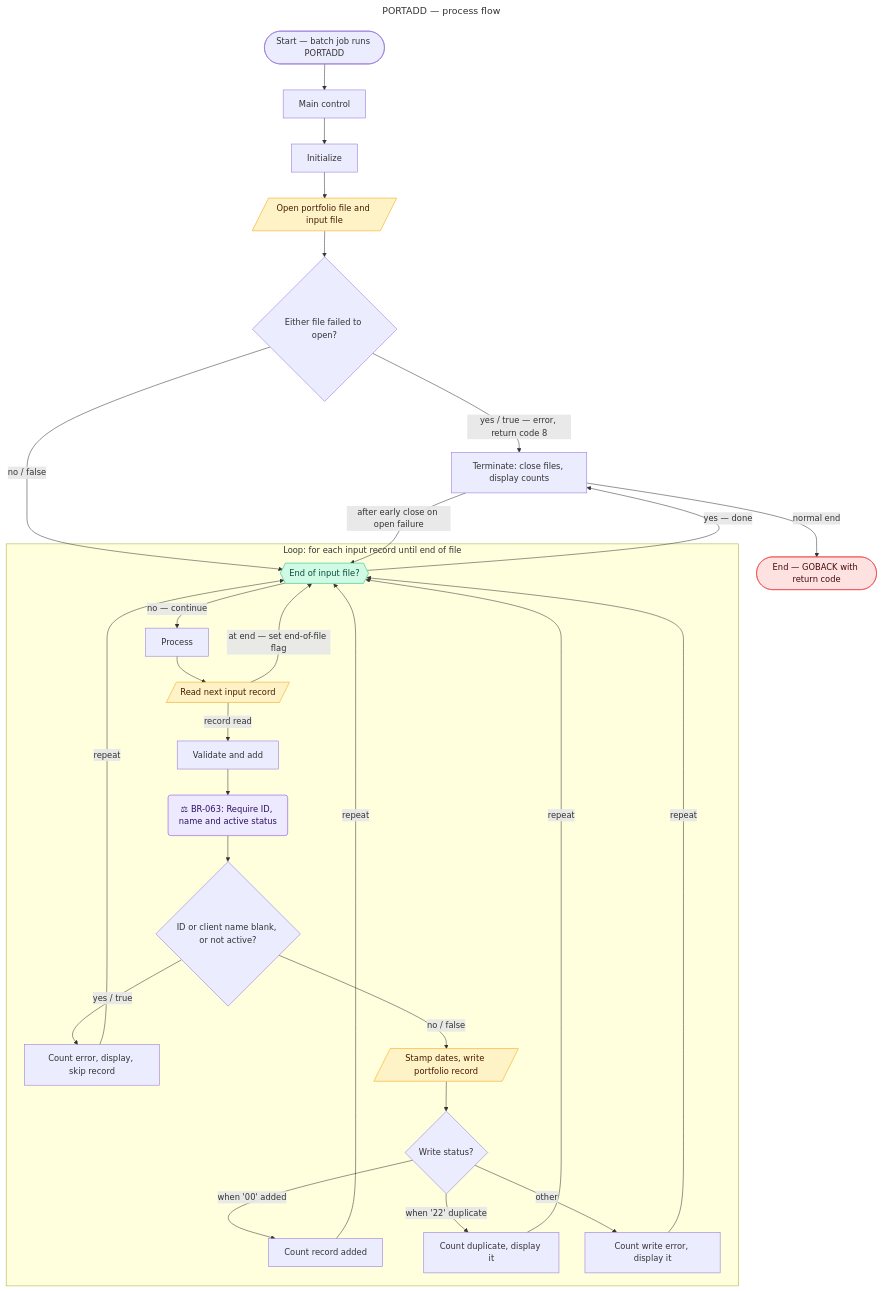
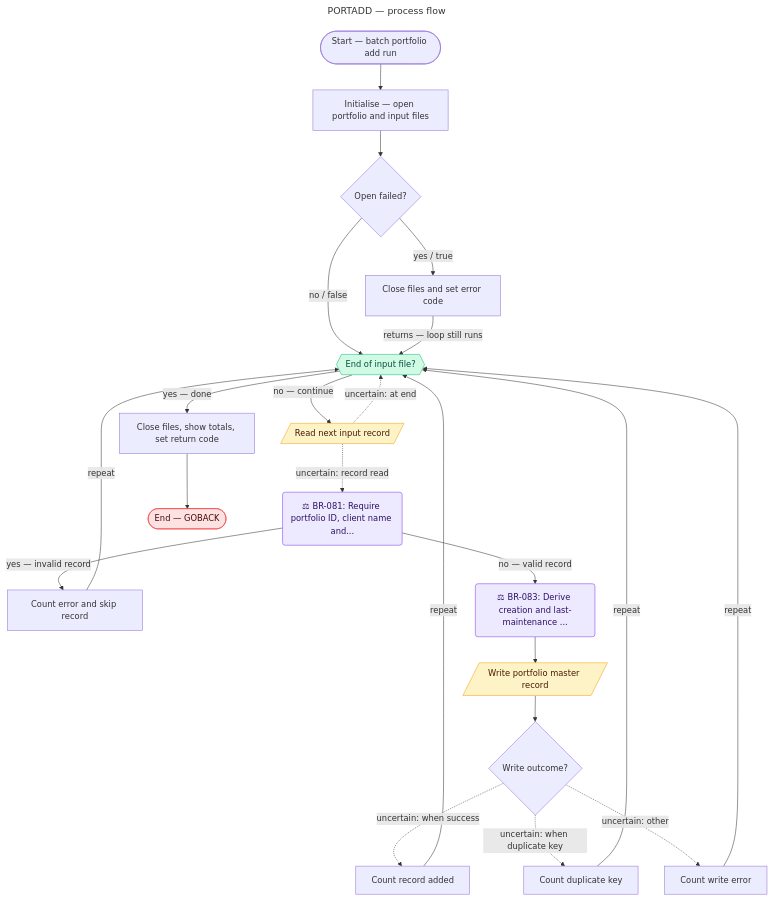
The diagram in output/diagram/diagrams/flow_PORTADD.mmd (vighnasreevara/REVFORGE-Harness), drawn with Mermaid before and after one commit. The commit also changed 352 other files, not shown here.

First line of the commit message:
Re-run full REVFORGE pipeline on Claude Opus 5.5

```diff
--- a/output/diagram/diagrams/flow_PORTADD.mmd
+++ b/output/diagram/diagrams/flow_PORTADD.mmd
@@ -1,86 +1,80 @@
 ---
 title: PORTADD — process flow
 ---
 flowchart TD
   %% Generated by 6_diagram agent — sequence-builder skill
-  %% Program: PORTADD (batch) — 5 paragraphs, 1 business rule
+  %% Program: PORTADD (batch) — 5 paragraphs, 7 business rules (2 inline, 5 in footnote)
+  %% Logic status: success
   %% Edges: solid = confirmed; -.-> runtime:/uncertain: = uncertain; -.-> ? = unsupported
 
-  classDef rule     fill:#ede9fe,stroke:#7c3aed,color:#2e1065
-  classDef io       fill:#fef3c7,stroke:#f59e0b,color:#451a03
-  classDef terminal fill:#fee2e2,stroke:#ef4444,color:#450a0a
-  classDef loop     fill:#d1fae5,stroke:#10b981,color:#064e3b
+  classDef rule       fill:#ede9fe,stroke:#7c3aed,color:#2e1065
+  classDef io         fill:#fef3c7,stroke:#f59e0b,color:#451a03
+  classDef terminal   fill:#fee2e2,stroke:#ef4444,color:#450a0a
+  classDef deadCode   fill:#f3f4f6,stroke:#9ca3af,color:#9ca3af,stroke-dasharray:5 5
+  classDef loop       fill:#d1fae5,stroke:#10b981,color:#064e3b
+  classDef runtime    fill:#fff7ed,stroke:#ea580c,color:#431407,stroke-dasharray:4 4
+  classDef recursion  fill:#fefce8,stroke:#ca8a04,color:#422006,stroke-dasharray:4 4
+  classDef unresolved fill:#ffffff,stroke:#dc2626,color:#7f1d1d,stroke-dasharray:2 2
 
-  START(["Start — batch job runs PORTADD"])
-  PARA_0000["Main control"]
-  PARA_1000["Initialize"]
-  IO_OPEN[/"Open portfolio file and input file"/]:::io
-  DEC_OPEN{"Either file failed to open?"}
+  START(["Start — batch portfolio add run"])
+  PARA_1000["Initialise — open portfolio and input files"]
+  DEC_OPEN{"Open failed?"}
+  TERM_EARLY["Close files and set error code"]
+  LOOP_CHECK{{"End of input file?"}}:::loop
+  IO_READ[/"Read next input record"/]:::io
+  RULE_BR081("⚖ BR-081: Require portfolio ID, client name and..."):::rule
+  SET_REJECT["Count error and skip record"]
+  RULE_BR083("⚖ BR-083: Derive creation and last-maintenance ..."):::rule
+  IO_WRITE[/"Write portfolio master record"/]:::io
+  DEC_WSTAT{"Write outcome?"}
+  SET_ADDED["Count record added"]
+  SET_DUP["Count duplicate key"]
+  SET_WERR["Count write error"]
+  PARA_3000["Close files, show totals, set return code"]
+  TERMINAL(["End — GOBACK"]):::terminal
 
-  subgraph LOOP_0000["Loop: for each input record until end of file"]
-    LOOP_CHECK{{"End of input file?"}}:::loop
-    PARA_2000["Process"]
-    IO_READ[/"Read next input record"/]:::io
-    PARA_2100["Validate and add"]
-    RULE_BR063("⚖ BR-063: Require ID, name and active status"):::rule
-    DEC_VALID{"ID or client name blank, or not active?"}
-    ERR_INVALID["Count error, display, skip record"]
-    IO_WRITE[/"Stamp dates, write portfolio record"/]:::io
-    DEC_WRITE{"Write status?"}
-    ADD_OK["Count record added"]
-    DUP["Count duplicate, display it"]
-    WERR["Count write error, display it"]
-  end
+  START --> PARA_1000
+  PARA_1000 --> DEC_OPEN
+  DEC_OPEN -->|yes / true| TERM_EARLY
+  DEC_OPEN -->|no / false| LOOP_CHECK
+  TERM_EARLY -->|returns — loop still runs| LOOP_CHECK
+  LOOP_CHECK -->|no — continue| IO_READ
+  LOOP_CHECK -->|yes — done| PARA_3000
+  IO_READ -.->|uncertain: at end| LOOP_CHECK
+  IO_READ -.->|uncertain: record read| RULE_BR081
+  RULE_BR081 -->|yes — invalid record| SET_REJECT
+  RULE_BR081 -->|no — valid record| RULE_BR083
+  SET_REJECT -->|repeat| LOOP_CHECK
+  RULE_BR083 --> IO_WRITE
+  IO_WRITE --> DEC_WSTAT
+  DEC_WSTAT -.->|uncertain: when success| SET_ADDED
+  DEC_WSTAT -.->|uncertain: when duplicate key| SET_DUP
+  DEC_WSTAT -.->|uncertain: other| SET_WERR
+  SET_ADDED -->|repeat| LOOP_CHECK
+  SET_DUP -->|repeat| LOOP_CHECK
+  SET_WERR -->|repeat| LOOP_CHECK
+  PARA_3000 --> TERMINAL
 
-  PARA_3000["Terminate: close files, display counts"]
-  TERMINAL(["End — GOBACK with return code"]):::terminal
-
-  START --> PARA_0000
-  PARA_0000 --> PARA_1000
-  PARA_1000 --> IO_OPEN
-  IO_OPEN --> DEC_OPEN
-  DEC_OPEN -->|yes / true — error, return code 8| PARA_3000
-  DEC_OPEN -->|no / false| LOOP_CHECK
-  PARA_3000 -->|after early close on open failure| LOOP_CHECK
-  LOOP_CHECK -->|no — continue| PARA_2000
-  PARA_2000 --> IO_READ
-  IO_READ -->|at end — set end-of-file flag| LOOP_CHECK
-  IO_READ -->|record read| PARA_2100
-  PARA_2100 --> RULE_BR063
-  RULE_BR063 --> DEC_VALID
-  DEC_VALID -->|yes / true| ERR_INVALID
-  ERR_INVALID -->|repeat| LOOP_CHECK
-  DEC_VALID -->|no / false| IO_WRITE
-  IO_WRITE --> DEC_WRITE
-  DEC_WRITE -->|when '00' added| ADD_OK
-  DEC_WRITE -->|when '22' duplicate| DUP
-  DEC_WRITE -->|other| WERR
-  ADD_OK -->|repeat| LOOP_CHECK
-  DUP -->|repeat| LOOP_CHECK
-  WERR -->|repeat| LOOP_CHECK
-  LOOP_CHECK -->|yes — done| PARA_3000
-  PARA_3000 -->|normal end| TERMINAL
-
-  %% Note: on the open-failure path the read loop runs on closed files; Agent 4 reports its termination cannot be confirmed statically.
-
-  %% REVFORGE-ID START paragraph_id=null statement_id=null
-  %% REVFORGE-ID PARA_0000 paragraph_id=SYS-PORTFOLIO-001-FIL-0067-PAR-0001 statement_id=null
-  %% REVFORGE-ID PARA_1000 paragraph_id=SYS-PORTFOLIO-001-FIL-0067-PAR-0002 statement_id=null
-  %% REVFORGE-ID IO_OPEN paragraph_id=SYS-PORTFOLIO-001-FIL-0067-PAR-0002 statement_id=SYS-PORTFOLIO-001-FIL-0067-STMT-000007
+  %% REVFORGE-ID START paragraph_id=SYS-PORTFOLIO-001-FIL-0067-PAR-0001 statement_id=null
+  %% REVFORGE-ID PARA_1000 paragraph_id=SYS-PORTFOLIO-001-FIL-0067-PAR-0002 statement_id=SYS-PORTFOLIO-001-FIL-0067-STMT-000001
   %% REVFORGE-ID DEC_OPEN paragraph_id=SYS-PORTFOLIO-001-FIL-0067-PAR-0002 statement_id=SYS-PORTFOLIO-001-FIL-0067-STMT-000009
+  %% REVFORGE-ID TERM_EARLY paragraph_id=SYS-PORTFOLIO-001-FIL-0067-PAR-0005 statement_id=SYS-PORTFOLIO-001-FIL-0067-STMT-000023
   %% REVFORGE-ID LOOP_CHECK paragraph_id=SYS-PORTFOLIO-001-FIL-0067-PAR-0001 statement_id=SYS-PORTFOLIO-001-FIL-0067-STMT-000002
-  %% REVFORGE-ID PARA_2000 paragraph_id=SYS-PORTFOLIO-001-FIL-0067-PAR-0003 statement_id=null
   %% REVFORGE-ID IO_READ paragraph_id=SYS-PORTFOLIO-001-FIL-0067-PAR-0003 statement_id=SYS-PORTFOLIO-001-FIL-0067-STMT-000010
-  %% REVFORGE-ID PARA_2100 paragraph_id=SYS-PORTFOLIO-001-FIL-0067-PAR-0004 statement_id=null
-  %% REVFORGE-ID RULE_BR063 paragraph_id=SYS-PORTFOLIO-001-FIL-0067-PAR-0004 statement_id=SYS-PORTFOLIO-001-FIL-0067-STMT-000011 rule_id=BR-063
-  %% REVFORGE-ID DEC_VALID paragraph_id=SYS-PORTFOLIO-001-FIL-0067-PAR-0004 statement_id=SYS-PORTFOLIO-001-FIL-0067-STMT-000011
-  %% REVFORGE-ID ERR_INVALID paragraph_id=SYS-PORTFOLIO-001-FIL-0067-PAR-0004 statement_id=SYS-PORTFOLIO-001-FIL-0067-STMT-000028
+  %% REVFORGE-ID RULE_BR081 paragraph_id=SYS-PORTFOLIO-001-FIL-0067-PAR-0004 statement_id=SYS-PORTFOLIO-001-FIL-0067-STMT-000011
+  %% REVFORGE-ID SET_REJECT paragraph_id=SYS-PORTFOLIO-001-FIL-0067-PAR-0004 statement_id=SYS-PORTFOLIO-001-FIL-0067-STMT-000026
+  %% REVFORGE-ID RULE_BR083 paragraph_id=SYS-PORTFOLIO-001-FIL-0067-PAR-0004 statement_id=SYS-PORTFOLIO-001-FIL-0067-STMT-000012
   %% REVFORGE-ID IO_WRITE paragraph_id=SYS-PORTFOLIO-001-FIL-0067-PAR-0004 statement_id=SYS-PORTFOLIO-001-FIL-0067-STMT-000014
-  %% REVFORGE-ID DEC_WRITE paragraph_id=SYS-PORTFOLIO-001-FIL-0067-PAR-0004 statement_id=SYS-PORTFOLIO-001-FIL-0067-STMT-000015
-  %% REVFORGE-ID ADD_OK paragraph_id=SYS-PORTFOLIO-001-FIL-0067-PAR-0004 statement_id=SYS-PORTFOLIO-001-FIL-0067-STMT-000033
-  %% REVFORGE-ID DUP paragraph_id=SYS-PORTFOLIO-001-FIL-0067-PAR-0004 statement_id=SYS-PORTFOLIO-001-FIL-0067-STMT-000032
-  %% REVFORGE-ID WERR paragraph_id=SYS-PORTFOLIO-001-FIL-0067-PAR-0004 statement_id=SYS-PORTFOLIO-001-FIL-0067-STMT-000030
-  %% REVFORGE-ID PARA_3000 paragraph_id=SYS-PORTFOLIO-001-FIL-0067-PAR-0005 statement_id=SYS-PORTFOLIO-001-FIL-0067-STMT-000016
+  %% REVFORGE-ID DEC_WSTAT paragraph_id=SYS-PORTFOLIO-001-FIL-0067-PAR-0004 statement_id=SYS-PORTFOLIO-001-FIL-0067-STMT-000015
+  %% REVFORGE-ID SET_ADDED paragraph_id=SYS-PORTFOLIO-001-FIL-0067-PAR-0004 statement_id=SYS-PORTFOLIO-001-FIL-0067-STMT-000033
+  %% REVFORGE-ID SET_DUP paragraph_id=SYS-PORTFOLIO-001-FIL-0067-PAR-0004 statement_id=SYS-PORTFOLIO-001-FIL-0067-STMT-000031
+  %% REVFORGE-ID SET_WERR paragraph_id=SYS-PORTFOLIO-001-FIL-0067-PAR-0004 statement_id=SYS-PORTFOLIO-001-FIL-0067-STMT-000029
+  %% REVFORGE-ID PARA_3000 paragraph_id=SYS-PORTFOLIO-001-FIL-0067-PAR-0005 statement_id=SYS-PORTFOLIO-001-FIL-0067-STMT-000003
   %% REVFORGE-ID TERMINAL paragraph_id=SYS-PORTFOLIO-001-FIL-0067-PAR-0001 statement_id=SYS-PORTFOLIO-001-FIL-0067-STMT-000004
 
-  %% Rules: BR-063 (confirmed) shown inline. No medium/low-confidence rules for this program.
+  %% Low-confidence rules not shown inline:
+  %% BR-082 (medium): Reject duplicate portfolio keys on batch add — see paragraph 2100-VALIDATE-AND-ADD · SME review
+  %% BR-084 (medium): Calculate portfolio add outcome counters per input record — see paragraph 2100-VALIDATE-AND-ADD
+  %% BR-085 (medium): Report portfolio add run totals at termination — see paragraphs 2100-VALIDATE-AND-ADD / 3000-TERMINATE
+  %% BR-148 (medium): Validate client type is individual, corporate or trust — declared value domain (88-level), not tied to a paragraph of this program
+  %% BR-149 (medium): Validate portfolio status is active, closed or suspended — declared value domain (88-level), not tied to a paragraph of this program · SME review
```
